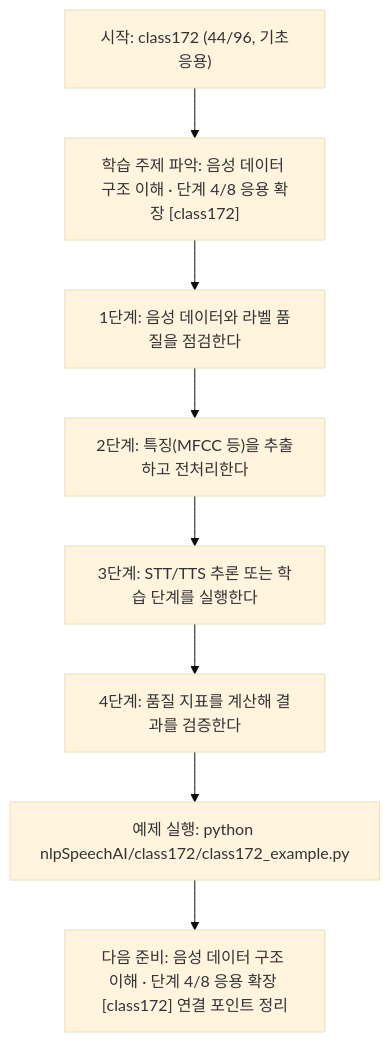
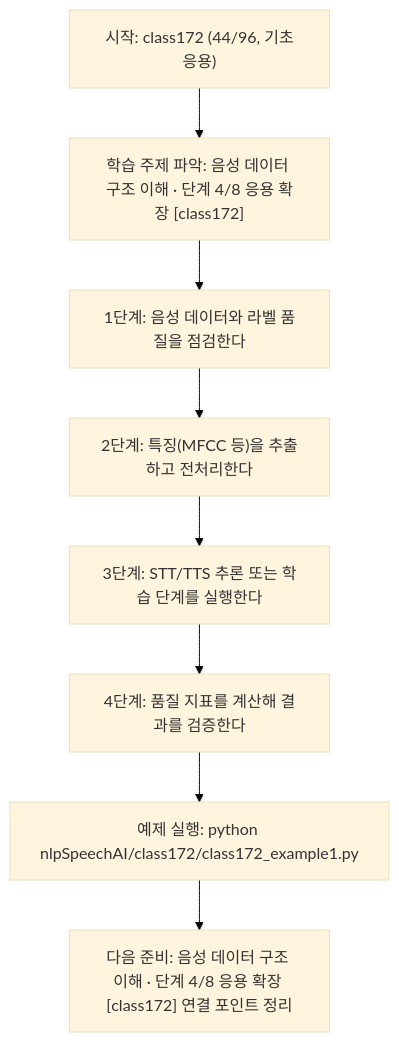
One commit to edumgt/Python-AI_Agent-Class changed the diagram in nlpSpeechAI/class172/class172.md. Above: the diagram before and after it, drawn with Mermaid (base theme). The commit also changed other lines of this file and 2959 other files, not shown here.

````diff
--- a/nlpSpeechAI/class172/class172.md
+++ b/nlpSpeechAI/class172/class172.md
@@ -115,18 +115,18 @@
 ```mermaid
 flowchart TD
 N1["시작: class172 (44/96, 기초응용)"]
 N2["학습 주제 파악: 음성 데이터 구조 이해 · 단계 4/8 응용 확장 [class172]"]
 N3["1단계: 음성 데이터와 라벨 품질을 점검한다"]
 N4["2단계: 특징(MFCC 등)을 추출하고 전처리한다"]
 N5["3단계: STT/TTS 추론 또는 학습 단계를 실행한다"]
 N6["4단계: 품질 지표를 계산해 결과를 검증한다"]
-N7["예제 실행: python nlpSpeechAI/class172/class172_example.py"]
+N7["예제 실행: python nlpSpeechAI/class172/class172_example1.py"]
 N8["다음 준비: 음성 데이터 구조 이해 · 단계 4/8 응용 확장 [class172] 연결 포인트 정리"]
 N1 --> N2
 N2 --> N3
 N3 --> N4
 N4 --> N5
 N5 --> N6
 N6 --> N7
 N7 --> N8
 ```
````
